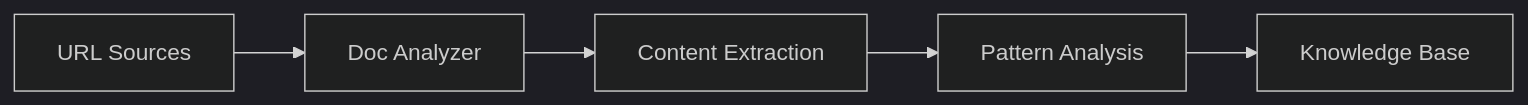
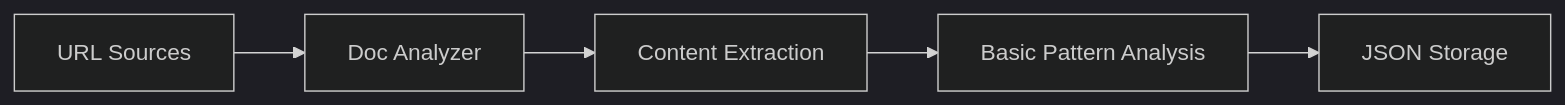
The first of 2 diagrams in docs/technical/ARCHITECTURE.md (carmandale/documentation-builder), drawn with Mermaid (dark theme) before and after one commit. The commit also changed other lines of this file and 19 other files, not shown here.

````diff
--- a/docs/technical/ARCHITECTURE.md
+++ b/docs/technical/ARCHITECTURE.md
@@ -39,7 +56,7 @@
    ```mermaid
    graph LR
    A[URL Sources] --> B[Doc Analyzer]
    B --> C[Content Extraction]
-   C --> D[Pattern Analysis]
-   D --> E[Knowledge Base]
+   C --> D[Basic Pattern Analysis]
+   D --> E[JSON Storage]
    ```
````
